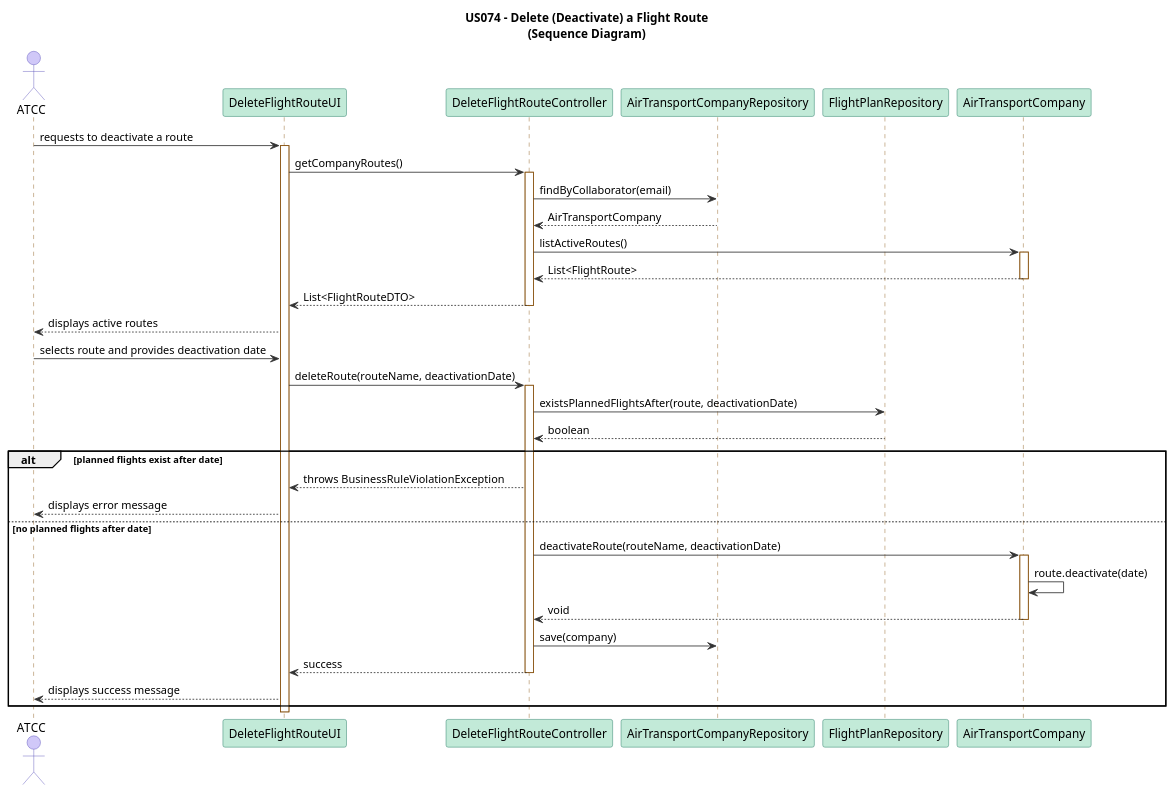
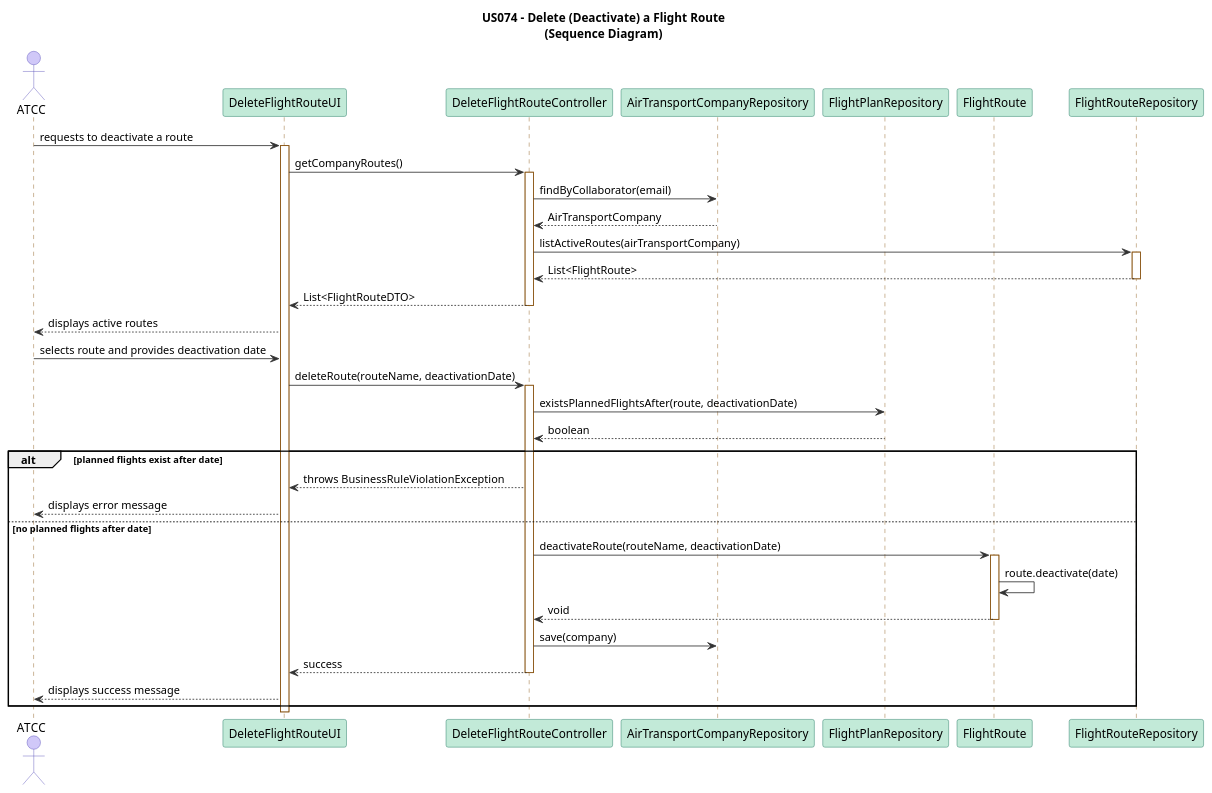
Before and after one commit to DuartePinto1240/sem4pi2526-sem4pi2526_2da2: the diagram in docs/Sprint 3/EAPLI/US074/puml/US074-sequence-diagram.puml, drawn with PlantUML. The commit also changed 23 other files, not shown here.

```diff
--- a/docs/Sprint 3/EAPLI/US074/puml/US074-sequence-diagram.puml
+++ b/docs/Sprint 3/EAPLI/US074/puml/US074-sequence-diagram.puml
@@ -1,66 +1,67 @@
 @startuml SD_US074
 title US074 – Delete (Deactivate) a Flight Route\n(Sequence Diagram)
 
 skinparam sequence {
     ActorBorderColor #534AB7
     ActorBackgroundColor #D0C8F8
     ParticipantBorderColor #0F6E56
     ParticipantBackgroundColor #C2EAD8
     LifeLineBorderColor #854F0B
     NoteBackgroundColor #FAE8C0
     NoteBorderColor #854F0B
     ArrowColor #333333
 }
 
 actor "ATCC" as ATCC
 participant "DeleteFlightRouteUI" as UI
 participant "DeleteFlightRouteController" as CTRL
-participant "AirTransportCompanyRepository" as CREPO
+participant "AirTransportCompanyRepository" as ATCREPO
 participant "FlightPlanRepository" as FPREPO
-participant "AirTransportCompany" as COMPANY
+participant "FlightRoute" as FR
+participant "FlightRouteRepository" as FRREPO
 
 ATCC -> UI : requests to deactivate a route
 activate UI
 
 UI -> CTRL : getCompanyRoutes()
 activate CTRL
-CTRL -> CREPO : findByCollaborator(email)
-CREPO --> CTRL : AirTransportCompany
-CTRL -> COMPANY : listActiveRoutes()
-activate COMPANY
-COMPANY --> CTRL : List<FlightRoute>
-deactivate COMPANY
+CTRL -> ATCREPO : findByCollaborator(email)
+ATCREPO --> CTRL : AirTransportCompany
+CTRL -> FRREPO : listActiveRoutes(airTransportCompany)
+activate FRREPO
+FRREPO --> CTRL : List<FlightRoute>
+deactivate FRREPO
 CTRL --> UI : List<FlightRouteDTO>
 deactivate CTRL
 
 UI --> ATCC : displays active routes
 
 ATCC -> UI : selects route and provides deactivation date
 
 UI -> CTRL : deleteRoute(routeName, deactivationDate)
 activate CTRL
 
 CTRL -> FPREPO : existsPlannedFlightsAfter(route, deactivationDate)
 FPREPO --> CTRL : boolean
 
 alt planned flights exist after date
     CTRL --> UI : throws BusinessRuleViolationException
     UI --> ATCC : displays error message
 else no planned flights after date
-    CTRL -> COMPANY : deactivateRoute(routeName, deactivationDate)
-    activate COMPANY
-    COMPANY -> COMPANY : route.deactivate(date)
-    COMPANY --> CTRL : void
-    deactivate COMPANY
+    CTRL -> FR : deactivateRoute(routeName, deactivationDate)
+    activate FR
+    FR -> FR : route.deactivate(date)
+    FR --> CTRL : void
+    deactivate FR
 
-    CTRL -> CREPO : save(company)
+    CTRL -> ATCREPO : save(company)
 
     CTRL --> UI : success
     deactivate CTRL
 
     UI --> ATCC : displays success message
 end
 
 deactivate UI
 
 @enduml
```
